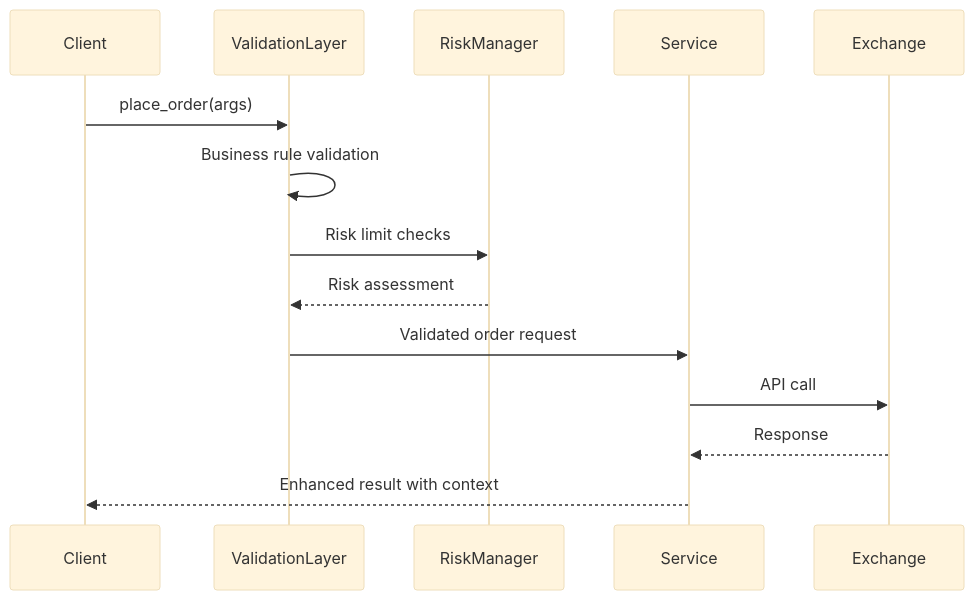
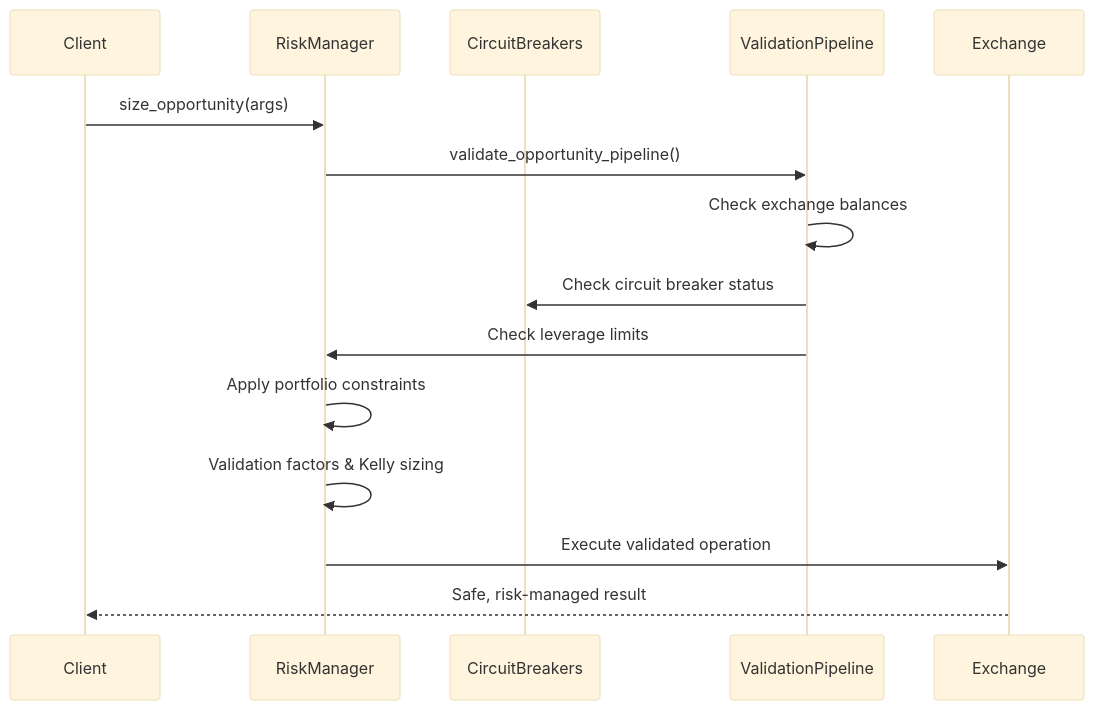
The third of 11 diagrams in workflow/business_logic/internal_models.md (plataplomo/hummingbot), drawn with Mermaid (base theme) before and after one commit. The commit also changed other lines of this file and 58 other files, not shown here.

````diff
--- a/workflow/business_logic/internal_models.md
+++ b/workflow/business_logic/internal_models.md
@@ -127,17 +129,18 @@
 ```mermaid
 sequenceDiagram
     participant Client
-    participant ValidationLayer
     participant RiskManager
-    participant Service
+    participant CircuitBreakers
+    participant ValidationPipeline
     participant Exchange
     
-    Client->>ValidationLayer: place_order(args)
-    ValidationLayer->>ValidationLayer: Business rule validation
-    ValidationLayer->>RiskManager: Risk limit checks
-    RiskManager-->>ValidationLayer: Risk assessment
-    ValidationLayer->>Service: Validated order request
-    Service->>Exchange: API call
-    Exchange-->>Service: Response
-    Service-->>Client: Enhanced result with context
+    Client->>RiskManager: size_opportunity(args)
+    RiskManager->>ValidationPipeline: validate_opportunity_pipeline()
+    ValidationPipeline->>ValidationPipeline: Check exchange balances
+    ValidationPipeline->>CircuitBreakers: Check circuit breaker status
+    ValidationPipeline->>RiskManager: Check leverage limits
+    RiskManager->>RiskManager: Apply portfolio constraints
+    RiskManager->>RiskManager: Validation factors & Kelly sizing
+    RiskManager->>Exchange: Execute validated operation
+    Exchange-->>Client: Safe, risk-managed result
 ```
````
